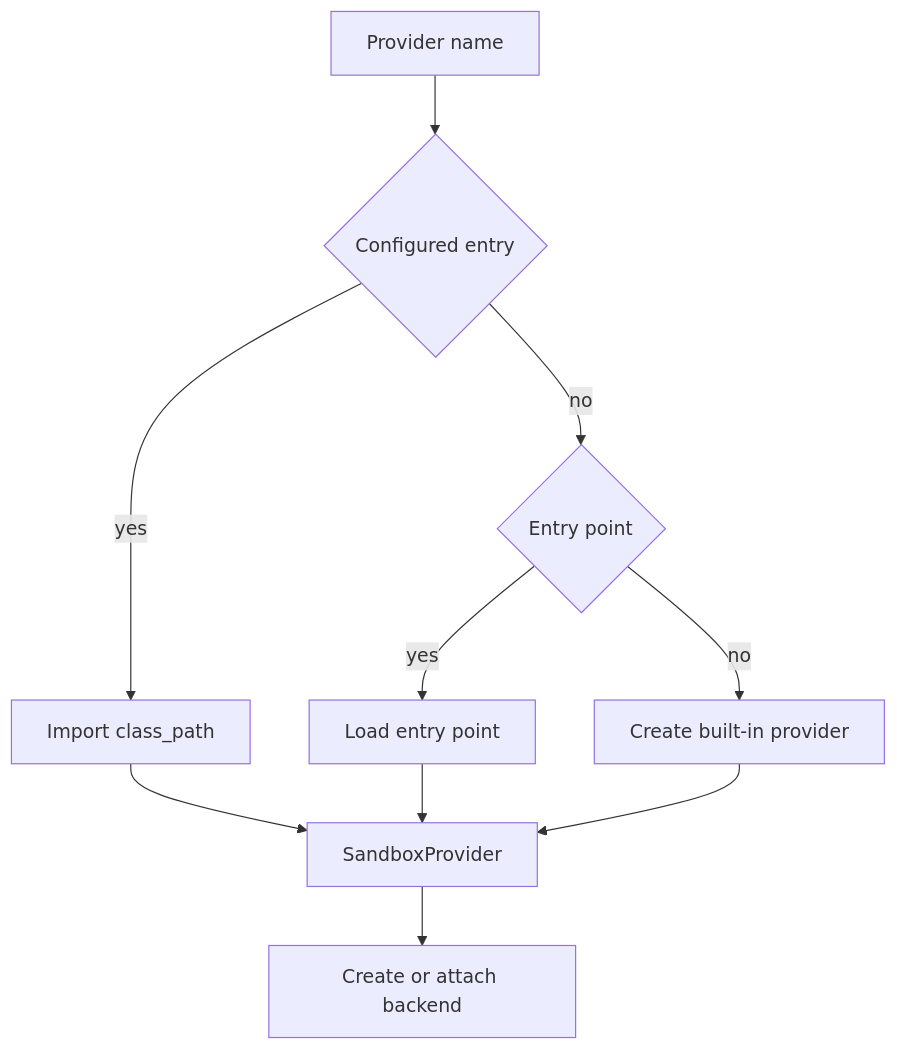
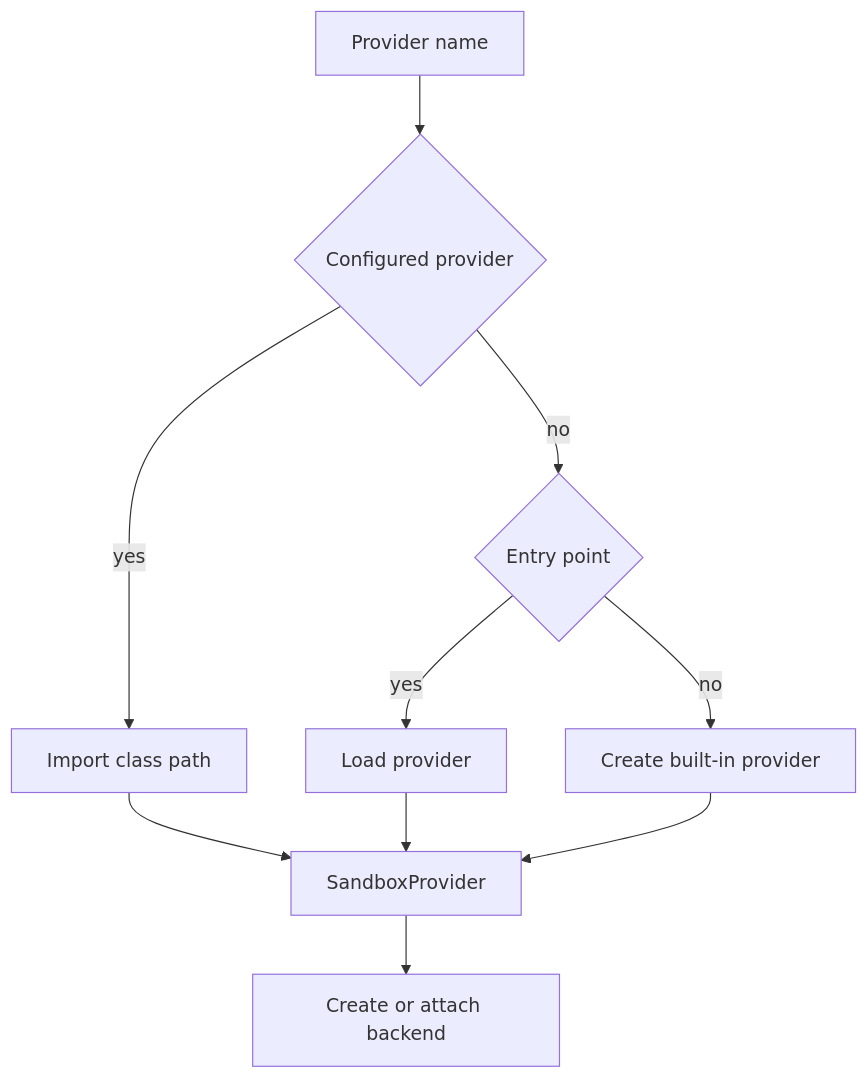
The first of 3 diagrams in openwiki/integrations/sandbox-partners.md (langchain-ai/deepagents), drawn with Mermaid before and after one commit. The commit also changed other lines of this file and 37 other files, not shown here.

````diff
--- a/openwiki/integrations/sandbox-partners.md
+++ b/openwiki/integrations/sandbox-partners.md
@@ -62,12 +68,12 @@
 ```mermaid
 flowchart TD
-    Request["Provider name"] --> Config{"Configured entry"}
-    Config -->|yes| Import["Import class_path"]
+    Request["Provider name"] --> Config{"Configured provider"}
+    Config -->|yes| Import["Import class path"]
     Config -->|no| Entry{"Entry point"}
-    Entry -->|yes| Load["Load entry point"]
+    Entry -->|yes| Load["Load provider"]
     Entry -->|no| Builtin["Create built-in provider"]
     Import --> Provider["SandboxProvider"]
     Load --> Provider
     Builtin --> Provider
     Provider --> Backend["Create or attach backend"]
 ```
````
